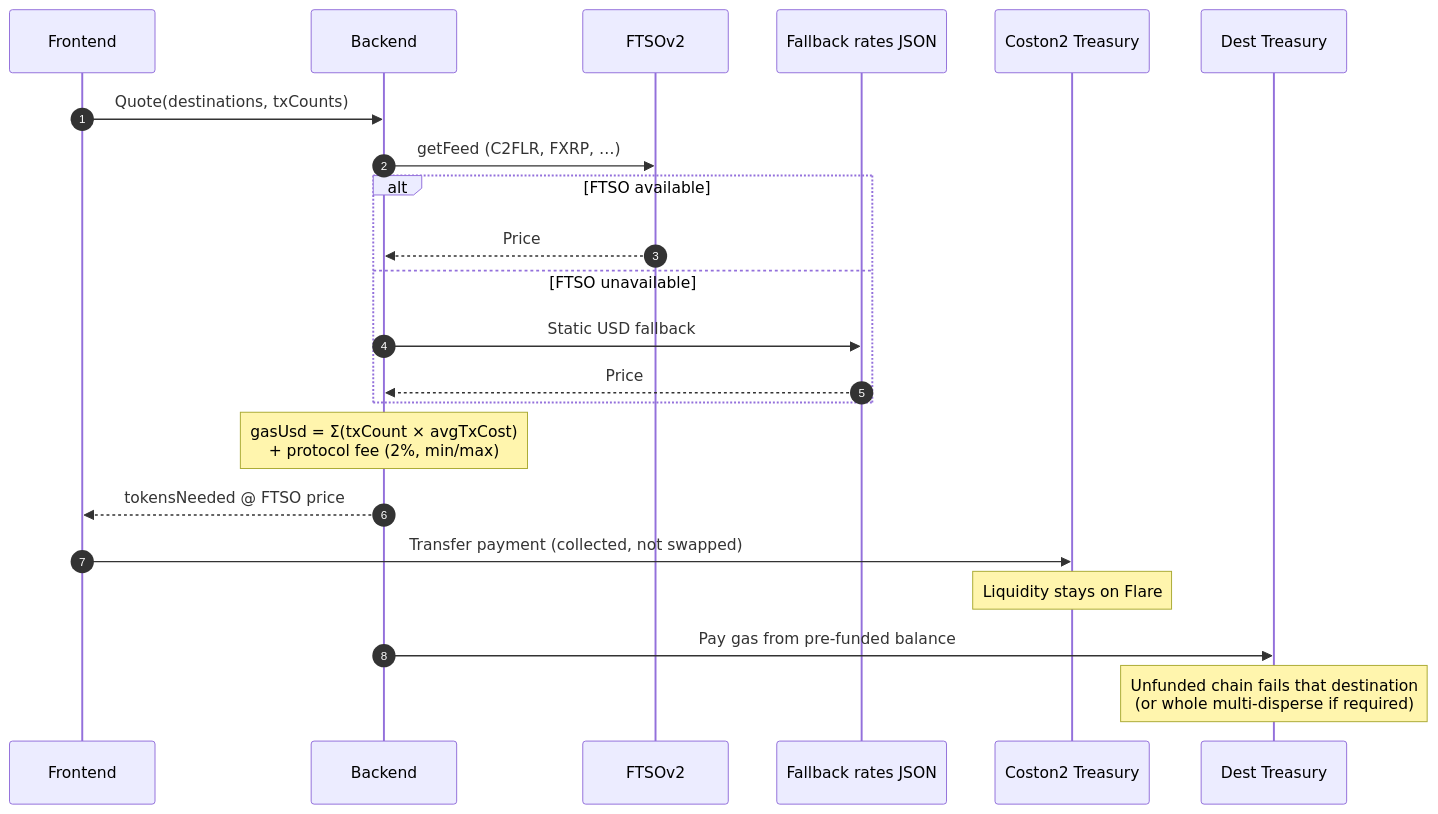
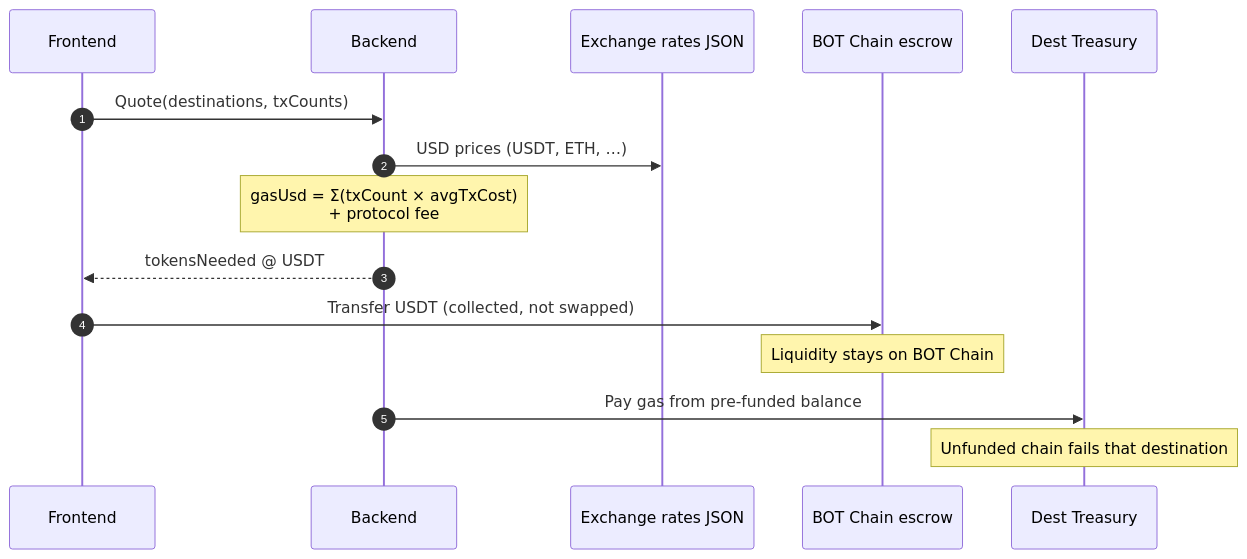
Before and after one commit to AmaanSayyad/Gasprovider-B: the second of 3 diagrams in README.md, drawn with Mermaid. The commit also changed other lines of this file, not shown here.

First line of the commit message:
docs: rewrite README around BOT Chain as the source chain

````diff
--- a/README.md
+++ b/README.md
@@ -71,26 +77,19 @@
 ```mermaid
 sequenceDiagram
     autonumber
     participant UI as Frontend
     participant API as Backend
-    participant FTSO as FTSOv2
-    participant Rates as Fallback rates JSON
-    participant C2 as Coston2 Treasury
+    participant Rates as Exchange rates JSON
+    participant BOT as BOT Chain escrow
     participant Dest as Dest Treasury
 
     UI->>API: Quote(destinations, txCounts)
-    API->>FTSO: getFeed (C2FLR, FXRP, …)
-    alt FTSO available
-        FTSO-->>API: Price
-    else FTSO unavailable
-        API->>Rates: Static USD fallback
-        Rates-->>API: Price
-    end
-    Note over API: gasUsd = Σ(txCount × avgTxCost)<br/>+ protocol fee (2%, min/max)
-    API-->>UI: tokensNeeded @ FTSO price
+    API->>Rates: USD prices (USDT, ETH, …)
+    Note over API: gasUsd = Σ(txCount × avgTxCost)<br/>+ protocol fee
+    API-->>UI: tokensNeeded @ USDT
 
-    UI->>C2: Transfer payment (collected, not swapped)
-    Note over C2: Liquidity stays on Flare
+    UI->>BOT: Transfer USDT (collected, not swapped)
+    Note over BOT: Liquidity stays on BOT Chain
     API->>Dest: Pay gas from pre-funded balance
-    Note over Dest: Unfunded chain fails that destination<br/>(or whole multi-disperse if required)
+    Note over Dest: Unfunded chain fails that destination
 ```
````
